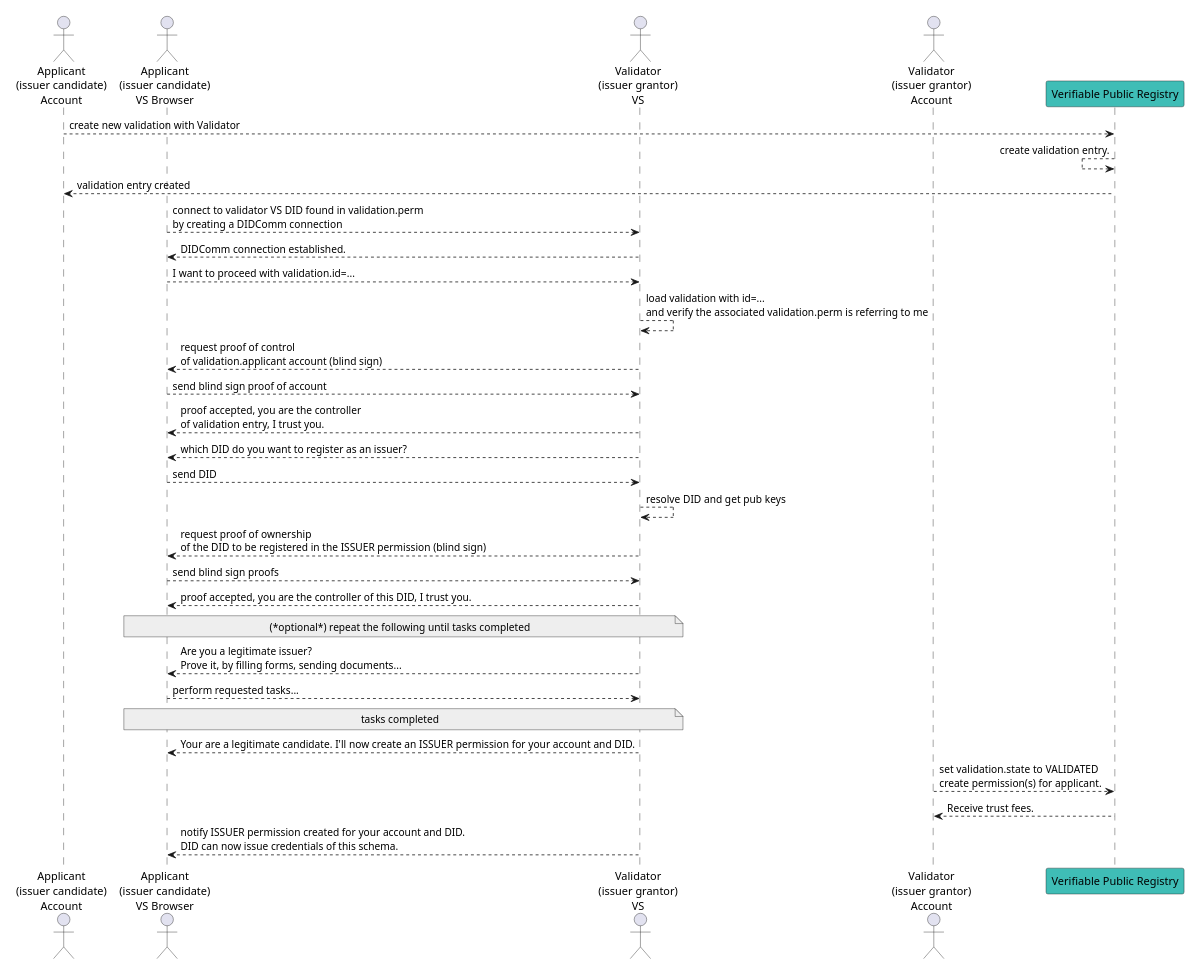
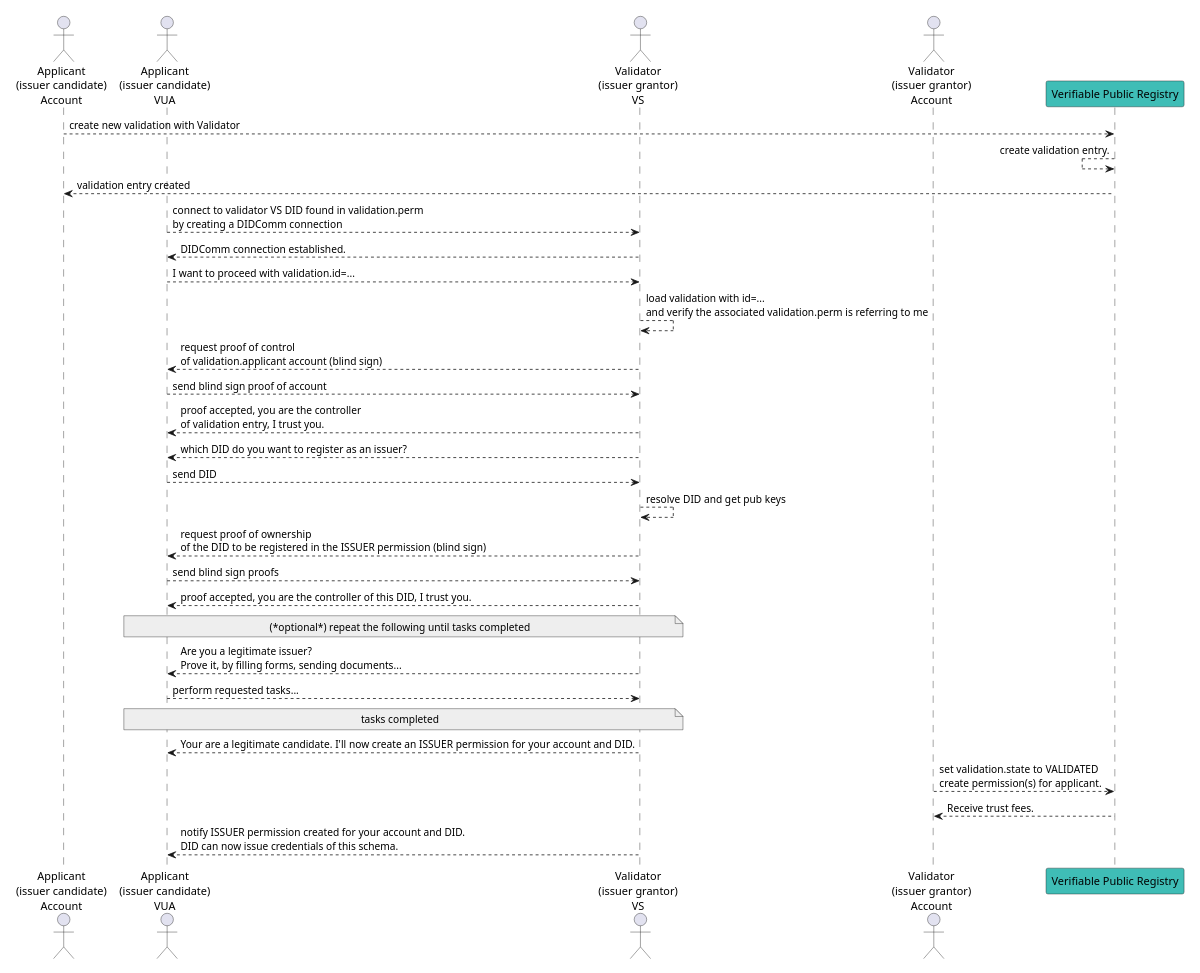
Before and after one commit to verana-labs/verifiable-trust-vpr-spec: the fourth of 15 diagrams in spec.md, drawn with PlantUML. The commit also changed other lines of this file and 1 other file, not shown here.

````diff
--- a/spec.md
+++ b/spec.md
@@ -347,35 +446,35 @@
 ```plantuml
 scale max 800 width
 actor "Applicant\n(issuer candidate)\nAccount" as ApplicantAccount 
-actor "Applicant\n(issuer candidate)\nVS Browser" as ApplicantBrowser 
+actor "Applicant\n(issuer candidate)\nVUA" as ApplicantBrowser 
 
 actor "Validator\n(issuer grantor)\nVS" as ValidatorVS
 actor "Validator\n(issuer grantor)\nAccount" as ValidatorAccount
 
 participant "Verifiable Public Registry" as VPR #3fbdb6
 
 ApplicantAccount --> VPR: create new validation with Validator 
 VPR <-- VPR: create validation entry.
 ApplicantAccount <-- VPR: validation entry created
 ApplicantBrowser --> ValidatorVS: connect to validator VS DID found in validation.perm\nby creating a DIDComm connection
 ApplicantBrowser <-- ValidatorVS: DIDComm connection established.
 ApplicantBrowser --> ValidatorVS: I want to proceed with validation.id=...
 ValidatorVS --> ValidatorVS: load validation with id=...\nand verify the associated validation.perm is referring to me
 ApplicantBrowser <-- ValidatorVS: request proof of control\nof validation.applicant account (blind sign)
 ApplicantBrowser --> ValidatorVS: send blind sign proof of account
 ApplicantBrowser <-- ValidatorVS: proof accepted, you are the controller\nof validation entry, I trust you.
 ApplicantBrowser <-- ValidatorVS: which DID do you want to register as an issuer?
 ApplicantBrowser --> ValidatorVS: send DID
 ValidatorVS --> ValidatorVS: resolve DID and get pub keys
 ApplicantBrowser <-- ValidatorVS: request proof of ownership\nof the DID to be registered in the ISSUER permission (blind sign)
 ApplicantBrowser --> ValidatorVS: send blind sign proofs
 ApplicantBrowser <-- ValidatorVS: proof accepted, you are the controller of this DID, I trust you.
 note over ApplicantBrowser, ValidatorVS #EEEEEE: (*optional*) repeat the following until tasks completed
 ApplicantBrowser <-- ValidatorVS: Are you a legitimate issuer?\nProve it, by filling forms, sending documents...
 ApplicantBrowser --> ValidatorVS: perform requested tasks...
 note over ApplicantBrowser, ValidatorVS #EEEEEE: tasks completed
 ApplicantBrowser <-- ValidatorVS: Your are a legitimate candidate. I'll now create an ISSUER permission for your account and DID.
 ValidatorAccount --> VPR #3fbdb6: set validation.state to VALIDATED\ncreate permission(s) for applicant.
 VPR --> ValidatorAccount: Receive trust fees.
 ApplicantBrowser <-- ValidatorVS: notify ISSUER permission created for your account and DID.\nDID can now issue credentials of this schema.
 ```
````
